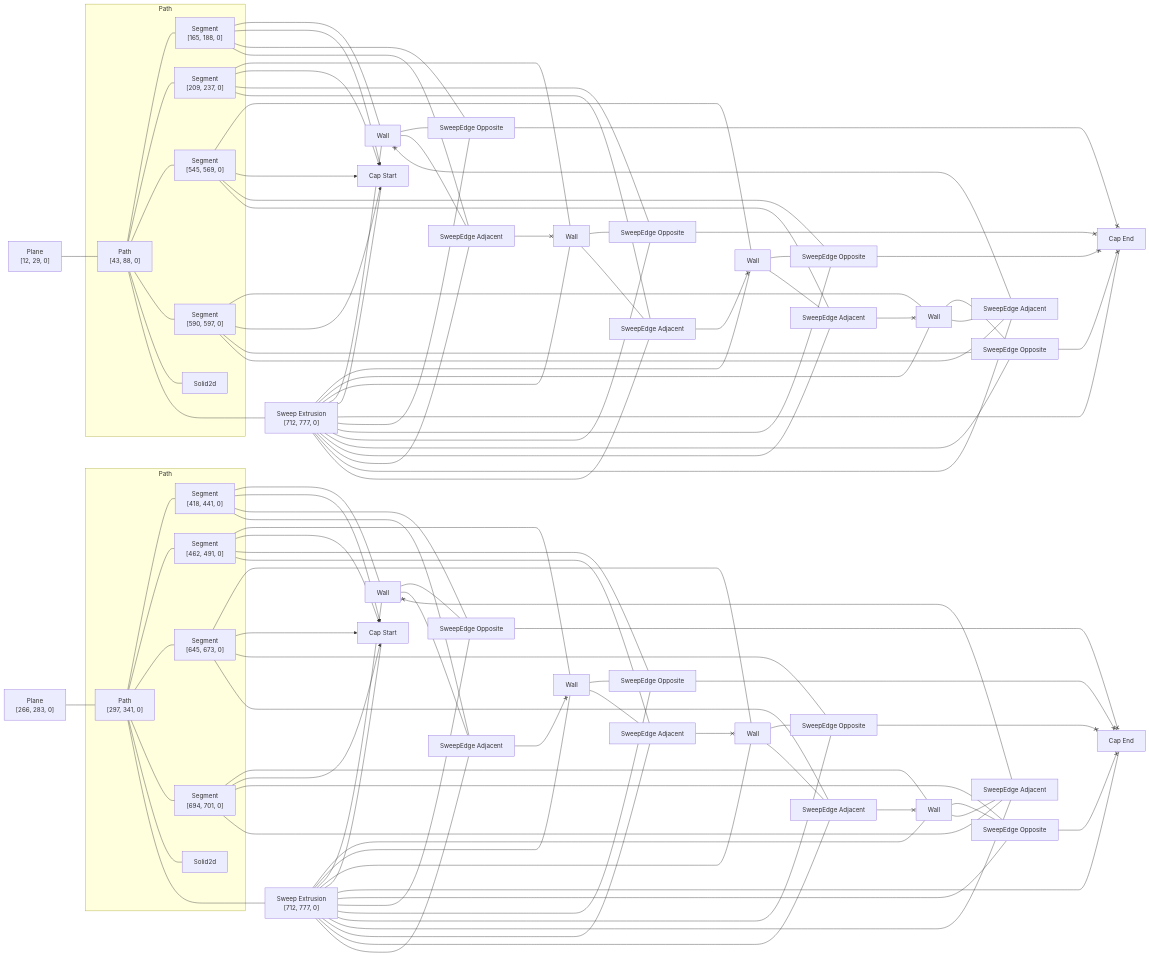
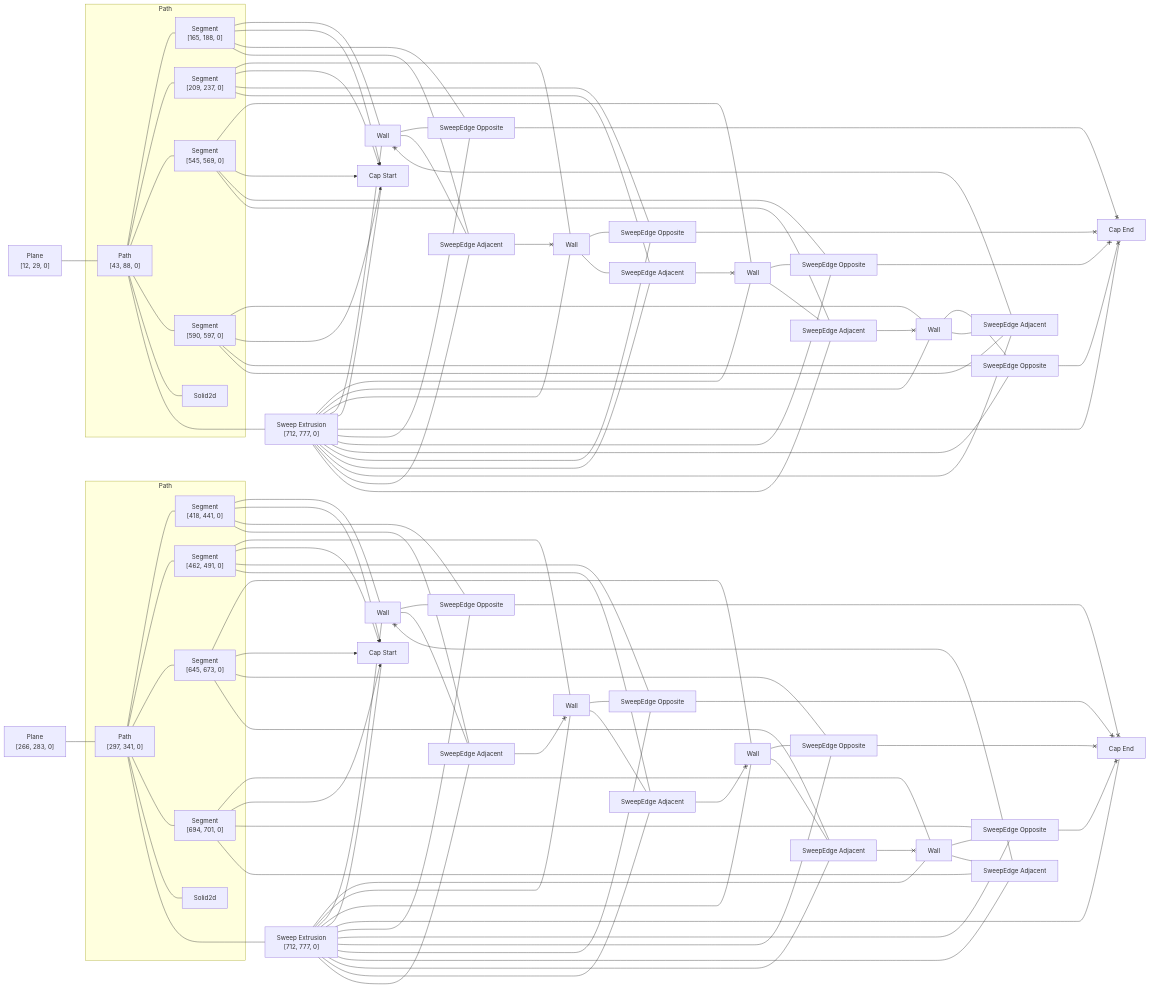
The diagram in rust/kcl-lib/tests/out_of_band_sketches/artifact_graph_flowchart.snap.md (rajgandhi1/modeling-app), drawn with Mermaid before and after one commit. The commit also changed 110 other files, not shown here.

```diff
--- a/rust/kcl-lib/tests/out_of_band_sketches/artifact_graph_flowchart.snap.md
+++ b/rust/kcl-lib/tests/out_of_band_sketches/artifact_graph_flowchart.snap.md
@@ -65,34 +65,34 @@
   5 --- 24
   5 x--> 26
   5 --- 33
-  5 --- 42
+  5 --- 43
   6 --- 23
   6 x--> 26
-  6 --- 35
-  6 --- 44
+  6 --- 36
+  6 --- 41
   7 --- 19
   7 x--> 25
-  7 --- 30
+  7 --- 29
   7 --- 40
   8 --- 18
   8 x--> 25
-  8 --- 31
-  8 --- 38
+  8 --- 32
+  8 --- 39
   9 --- 21
   9 x--> 26
   9 --- 34
-  9 --- 41
+  9 --- 44
   10 --- 22
   10 x--> 26
-  10 --- 36
-  10 --- 43
+  10 --- 35
+  10 --- 42
   11 --- 20
   11 x--> 25
-  11 --- 32
-  11 --- 39
+  11 --- 31
+  11 --- 38
   12 --- 17
   12 x--> 25
-  12 --- 29
+  12 --- 30
   12 --- 37
   15 --- 17
   15 --- 18
@@ -122,30 +122,30 @@
   16 --- 42
   16 --- 43
   16 --- 44
-  17 --- 29
+  17 --- 30
   17 --- 37
-  39 <--x 17
-  18 --- 31
-  18 --- 38
+  38 <--x 17
+  18 --- 32
+  18 --- 39
   40 <--x 18
-  19 --- 30
+  19 --- 29
   37 <--x 19
   19 --- 40
-  20 --- 32
-  38 <--x 20
-  20 --- 39
+  20 --- 31
+  20 --- 38
+  39 <--x 20
   21 --- 34
-  21 --- 41
-  44 <--x 21
-  22 --- 36
-  41 <--x 22
-  22 --- 43
-  23 --- 35
-  42 <--x 23
-  23 --- 44
+  41 <--x 21
+  21 --- 44
+  22 --- 35
+  22 --- 42
+  44 <--x 22
+  23 --- 36
+  23 --- 41
+  43 <--x 23
   24 --- 33
-  24 --- 42
-  43 <--x 24
+  42 <--x 24
+  24 --- 43
   29 <--x 27
   30 <--x 27
   31 <--x 27
```
